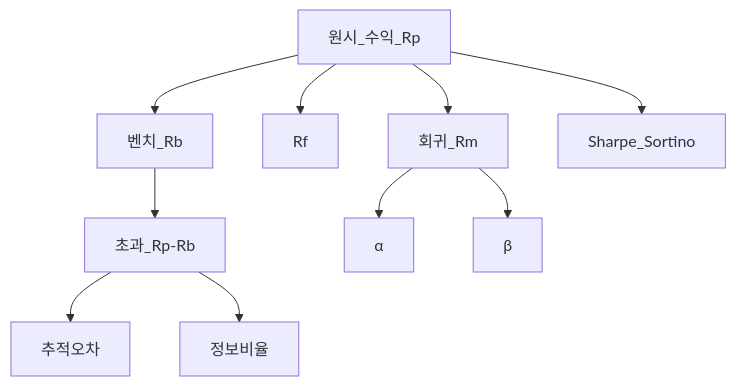
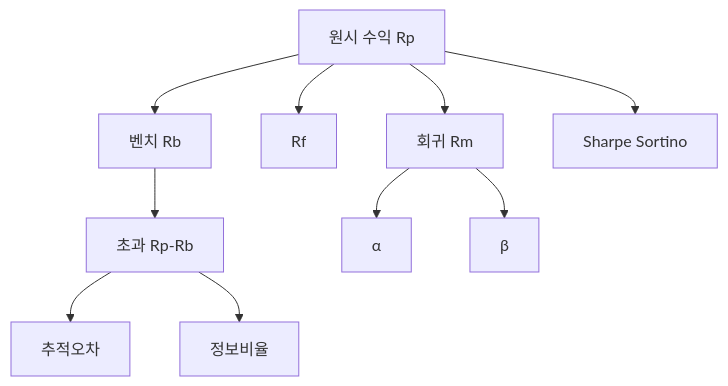
The first of 2 diagrams in 04-portfolio/performance-measurement.md (goldanghenry/Finances), drawn with Mermaid before and after one commit. The commit also changed other lines of this file and 211 other files, not shown here.

````diff
--- a/04-portfolio/performance-measurement.md
+++ b/04-portfolio/performance-measurement.md
@@ -113,12 +113,12 @@
 ```mermaid
 flowchart TD
-  Raw[원시_수익_Rp] --> Bench[벤치_Rb]
+  Raw["원시 수익 Rp"] --> Bench["벤치 Rb"]
   Raw --> Rf[Rf]
-  Bench --> Active[초과_Rp-Rb]
+  Bench --> Active["초과 Rp-Rb"]
   Active --> TE[추적오차]
   Active --> IR[정보비율]
-  Raw --> Reg[회귀_Rm]
+  Raw --> Reg["회귀 Rm"]
   Reg --> Alpha[α]
   Reg --> Beta[β]
-  Raw --> Sharpe[Sharpe_Sortino]
+  Raw --> Sharpe["Sharpe Sortino"]
 ```
````
